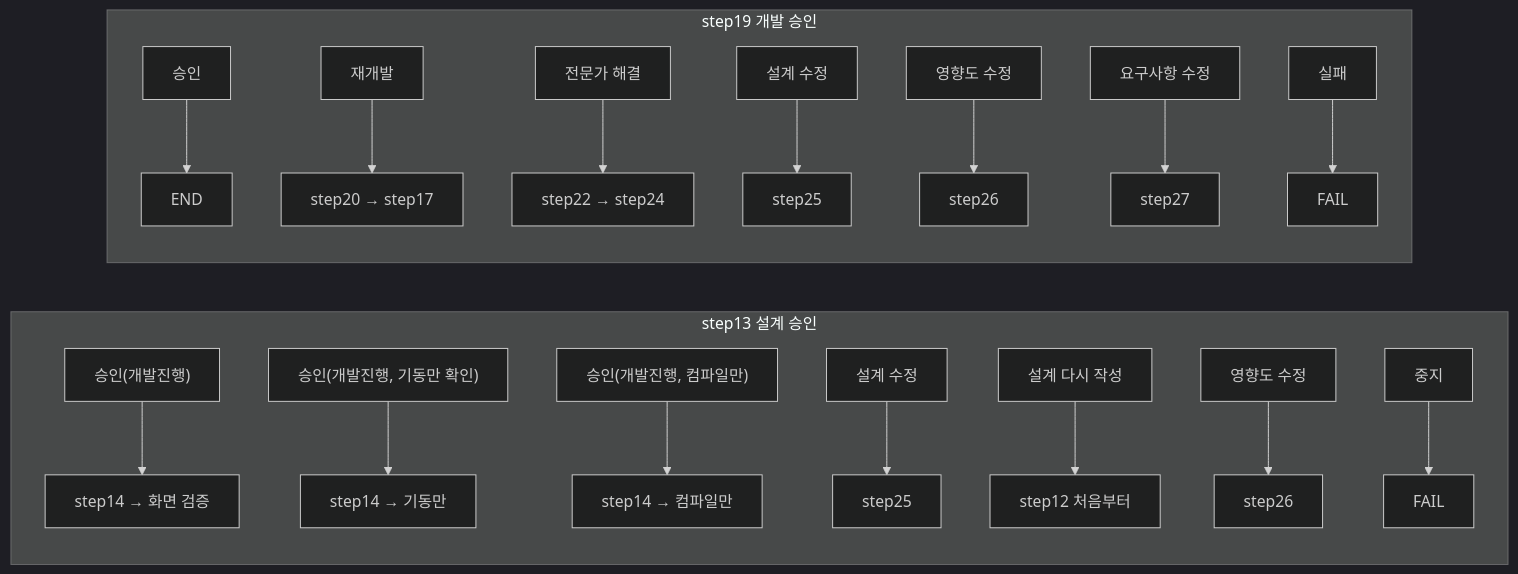
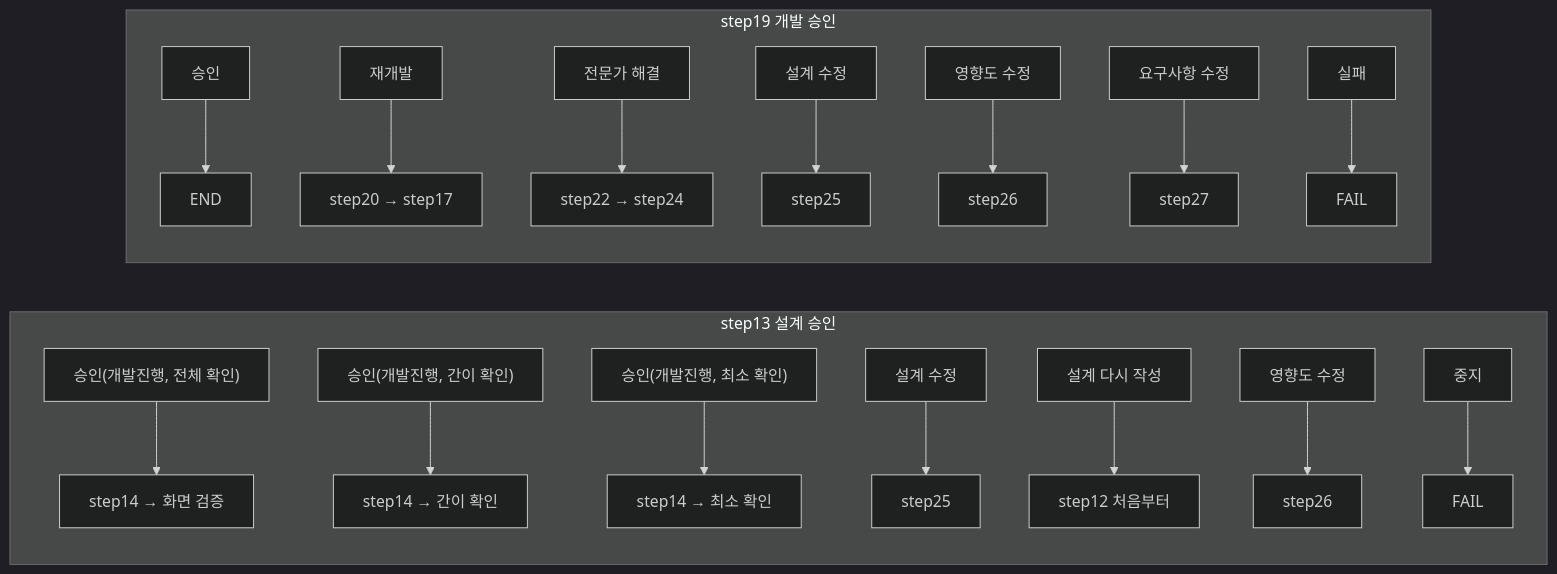
Before and after one commit to YongSoekChoeng/dstone: diagram 20 of 25 in docs/09.dstone-ai-engine-sm-workflow.md, drawn with Mermaid (dark theme). The commit also changed other lines of this file and 13 other files, not shown here.

````diff
--- a/docs/09.dstone-ai-engine-sm-workflow.md
+++ b/docs/09.dstone-ai-engine-sm-workflow.md
@@ -1450,21 +1450,21 @@
 ```mermaid
 flowchart LR
     subgraph S13["step13 설계 승인"]
-        c1["승인(개발진행)"] --> v1["step14 → 화면 검증"]
-        c2["승인(개발진행, 기동만 확인)"] --> v2["step14 → 기동만"]
-        c3["승인(개발진행, 컴파일만)"] --> v3["step14 → 컴파일만"]
+        c1["승인(개발진행, 전체 확인)"] --> v1["step14 → 화면 검증"]
+        c2["승인(개발진행, 간이 확인)"] --> v2["step14 → 간이 확인"]
+        c3["승인(개발진행, 최소 확인)"] --> v3["step14 → 최소 확인"]
         c4[설계 수정] --> v4[step25]
         c5[설계 다시 작성] --> v5[step12 처음부터]
         c6[영향도 수정] --> v6[step26]
         c7[중지] --> v7[FAIL]
     end
     subgraph S19["step19 개발 승인"]
         d1[승인] --> w1[END]
         d2[재개발] --> w2[step20 → step17]
         d3[전문가 해결] --> w3[step22 → step24]
         d4[설계 수정] --> w4[step25]
         d5[영향도 수정] --> w5[step26]
         d6[요구사항 수정] --> w6[step27]
         d7[실패] --> w7[FAIL]
     end
 ```
````
